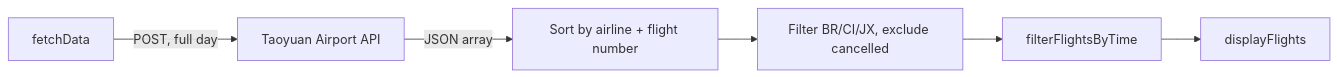
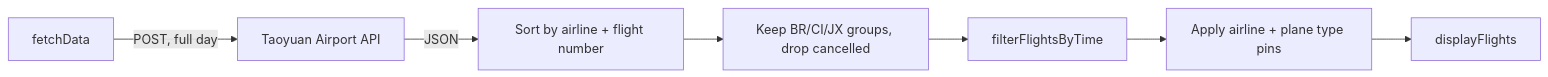
Before and after one commit to TPE-eagle/tpe-sushi-go-round: the first of 3 diagrams in README.md, drawn with Mermaid. The commit also changed other lines of this file and 6 other files, not shown here.

````diff
--- a/README.md
+++ b/README.md
@@ -56,8 +46,9 @@
 ```mermaid
 flowchart LR
     A[fetchData] -->|POST, full day| B[Taoyuan Airport API]
-    B -->|JSON array| C[Sort by airline + flight number]
-    C --> D[Filter BR/CI/JX, exclude cancelled]
+    B -->|JSON| C[Sort by airline + flight number]
+    C --> D[Keep BR/CI/JX groups, drop cancelled]
     D --> E[filterFlightsByTime]
-    E --> F[displayFlights]
+    E --> F[Apply airline + plane type pins]
+    F --> G[displayFlights]
 ```
````
